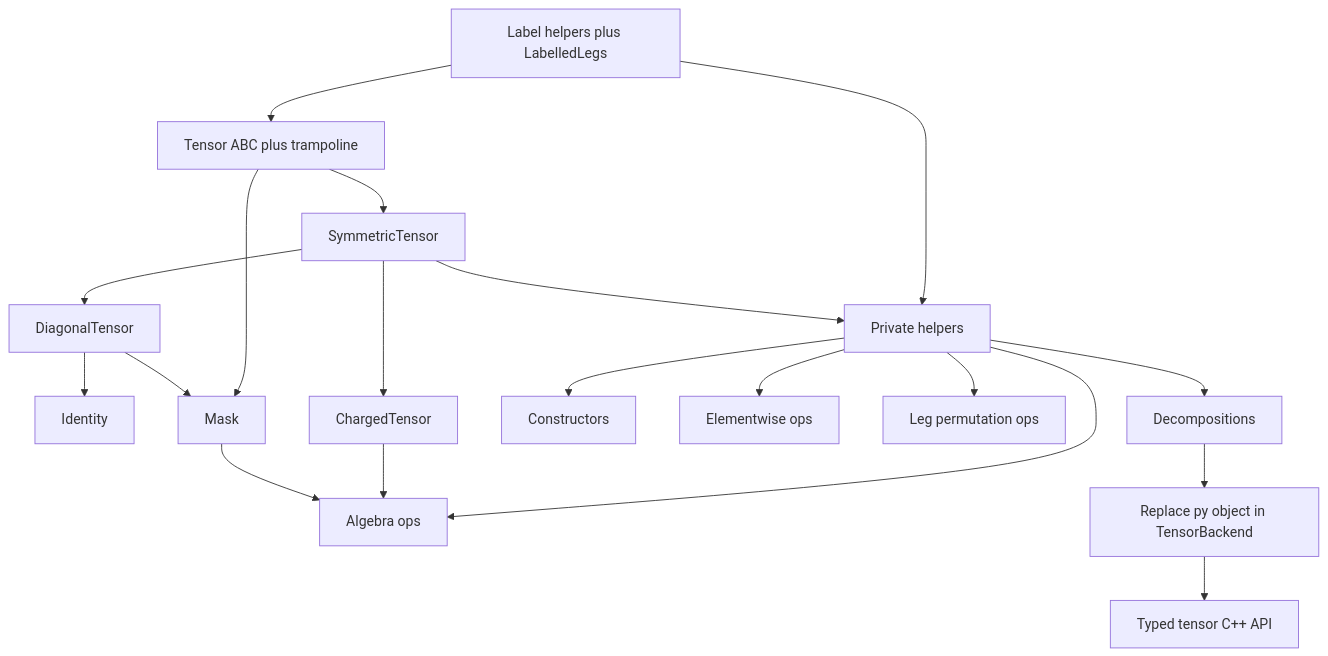
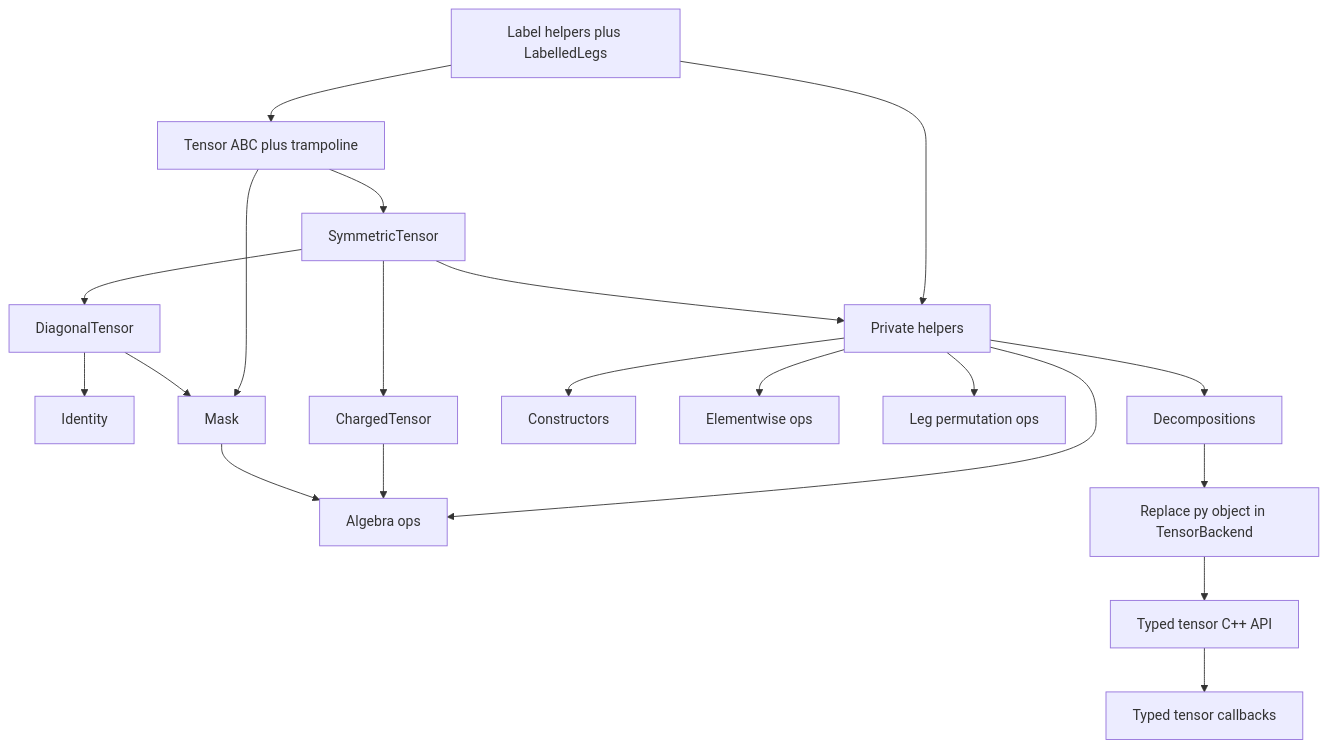
Before and after one commit to tenpy/cyten: the diagram in docs/cpp_conversion/convert_tensors.md, drawn with Mermaid. The commit also changed other lines of this file and 23 other files, not shown here.

````diff
--- a/docs/cpp_conversion/convert_tensors.md
+++ b/docs/cpp_conversion/convert_tensors.md
@@ -15,36 +17,38 @@
 ```mermaid
 flowchart TD
   labels[Label helpers plus LabelledLegs]
   tensor[Tensor ABC plus trampoline]
   sym[SymmetricTensor]
   diag[DiagonalTensor]
   ident[Identity]
   mask[Mask]
   charged[ChargedTensor]
   helpers[Private helpers]
   ctors[Constructors]
   elem[Elementwise ops]
   algebra[Algebra ops]
   legs[Leg permutation ops]
   decomp[Decompositions]
   backendFix[Replace py object in TensorBackend]
   typedApi[Typed tensor C++ API]
+  callbacks[Typed tensor callbacks]
   labels --> tensor
   tensor --> sym
   sym --> diag
   diag --> ident
   tensor --> mask
   sym --> charged
   diag --> mask
   labels --> helpers
   sym --> helpers
   helpers --> ctors
   helpers --> elem
   helpers --> algebra
   helpers --> legs
   helpers --> decomp
   charged --> algebra
   mask --> algebra
   decomp --> backendFix
   backendFix --> typedApi
+  typedApi --> callbacks
 ```
````
